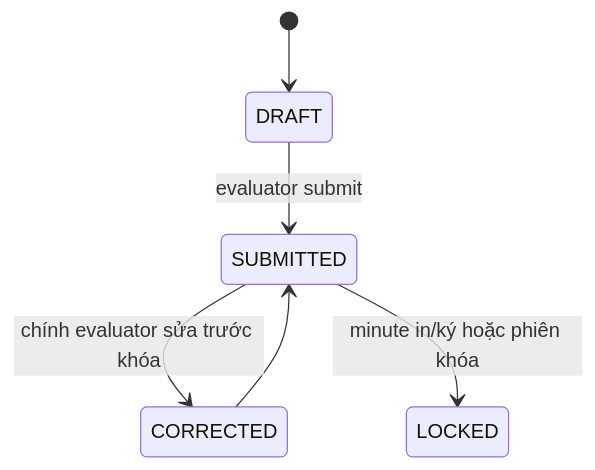
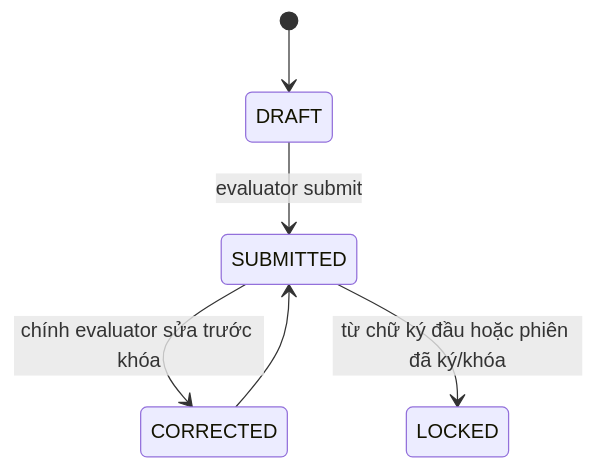
Before and after one commit to MingJien/kltn-management-ai: the ninth of 11 diagrams in docs/design/state-models.md, drawn with Mermaid. The commit also changed other lines of this file and 88 other files, not shown here.

```diff
--- a/docs/design/state-models.md
+++ b/docs/design/state-models.md
@@ -113,8 +113,8 @@
 ~~~mermaid
 stateDiagram-v2
   [*] --> DRAFT
   DRAFT --> SUBMITTED: evaluator submit
   SUBMITTED --> CORRECTED: chính evaluator sửa trước khóa
   CORRECTED --> SUBMITTED
-  SUBMITTED --> LOCKED: minute in/ký hoặc phiên khóa
+  SUBMITTED --> LOCKED: từ chữ ký đầu hoặc phiên đã ký/khóa
 ~~~
```
